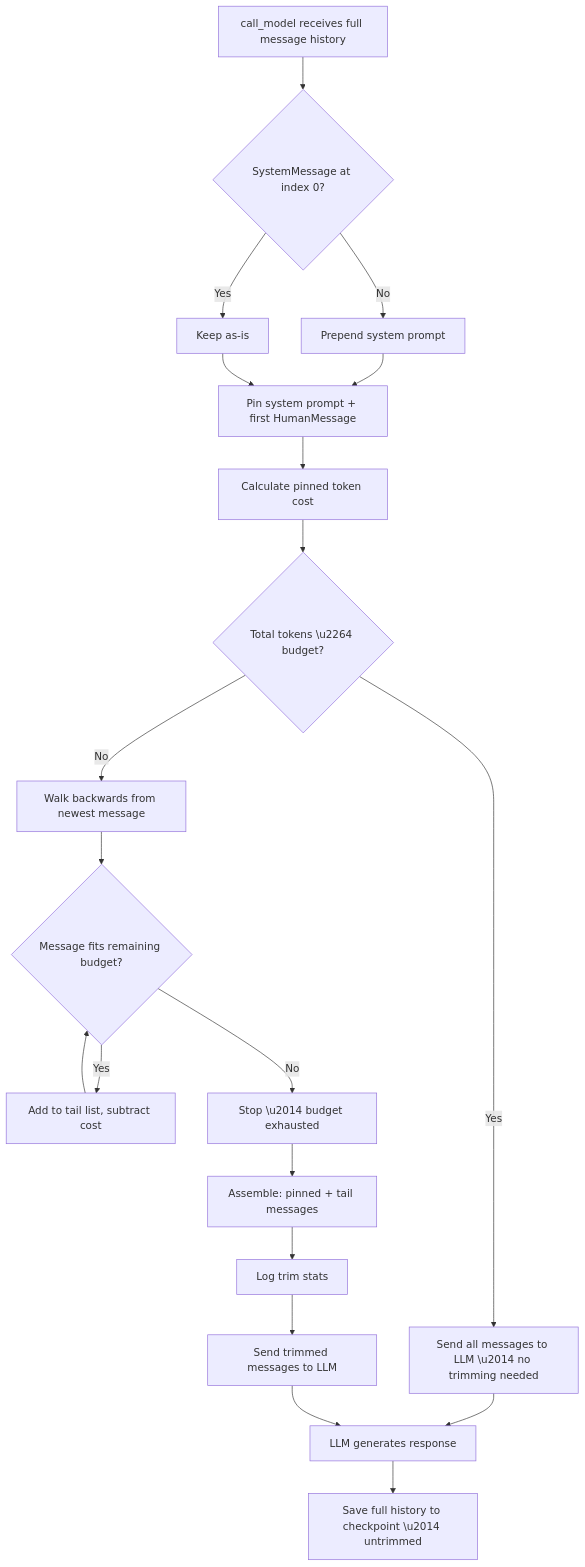
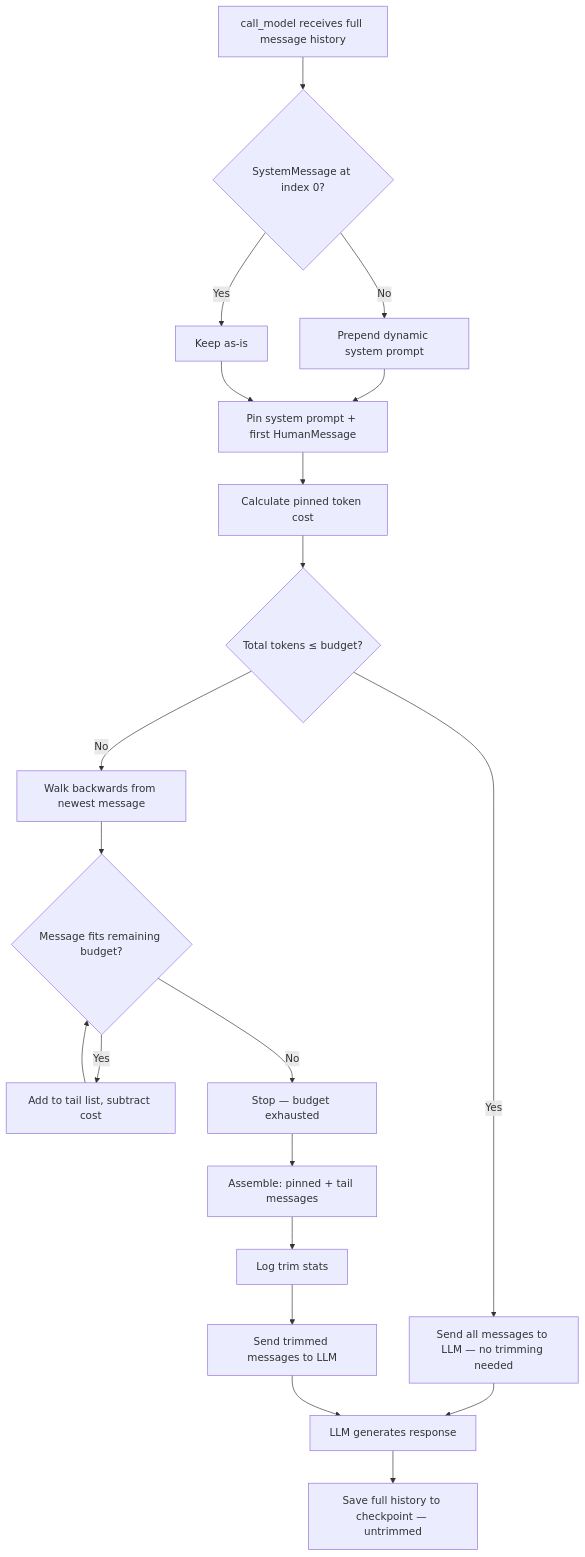
Before and after one commit to Noice1909/Neo4j-Agent: the second of 2 diagrams in src/README.md, drawn with Mermaid. The commit also changed other lines of this file and 29 other files, not shown here.

````diff
--- a/src/README.md
+++ b/src/README.md
@@ -462,22 +520,22 @@
 ```mermaid
 flowchart TD
     A[call_model receives full message history] --> B{SystemMessage at index 0?}
-    B -- No --> C[Prepend system prompt]
+    B -- No --> C[Prepend dynamic system prompt]
     B -- Yes --> D[Keep as-is]
     C --> E[Pin system prompt + first HumanMessage]
     D --> E
     E --> F[Calculate pinned token cost]
-    F --> G{Total tokens \u2264 budget?}
-    G -- Yes --> H[Send all messages to LLM \u2014 no trimming needed]
+    F --> G{Total tokens ≤ budget?}
+    G -- Yes --> H[Send all messages to LLM — no trimming needed]
     G -- No --> I[Walk backwards from newest message]
     I --> J{Message fits remaining budget?}
     J -- Yes --> K[Add to tail list, subtract cost]
     K --> J
-    J -- No --> L[Stop \u2014 budget exhausted]
+    J -- No --> L[Stop — budget exhausted]
     L --> M[Assemble: pinned + tail messages]
     M --> N[Log trim stats]
     N --> O[Send trimmed messages to LLM]
     H --> P[LLM generates response]
     O --> P
-    P --> Q[Save full history to checkpoint \u2014 untrimmed]
+    P --> Q[Save full history to checkpoint — untrimmed]
 ```
````
